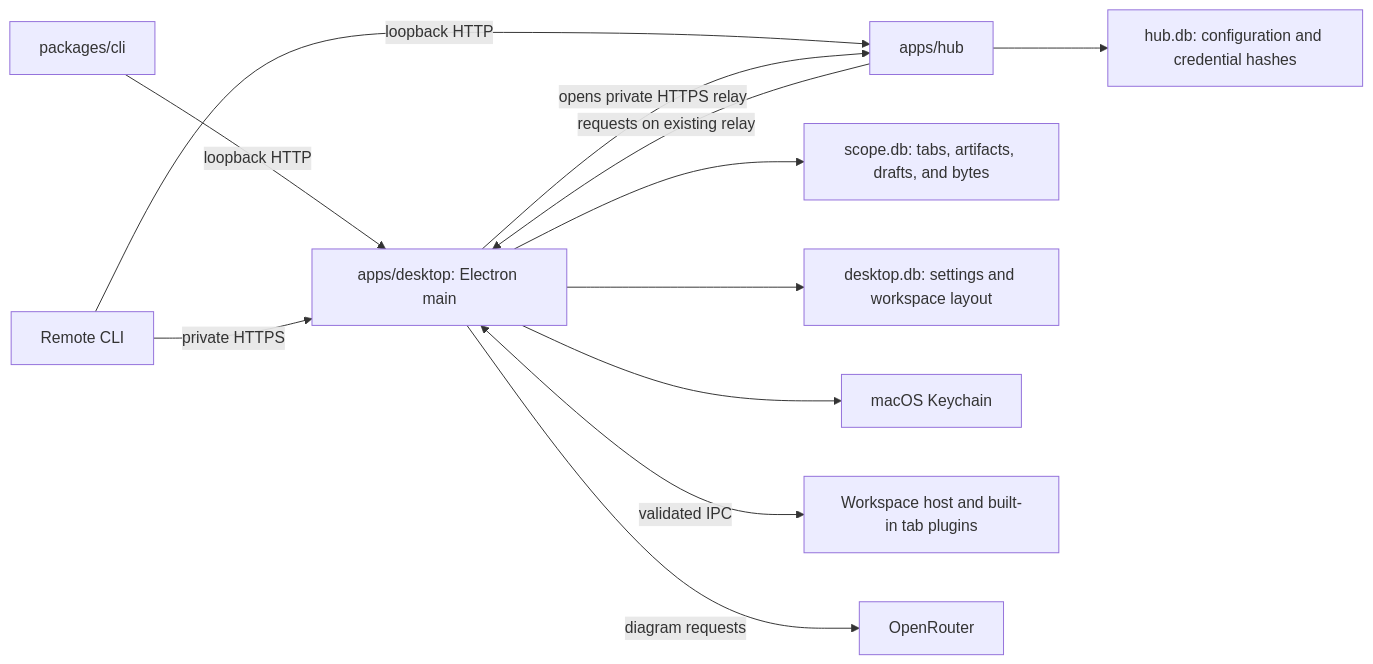
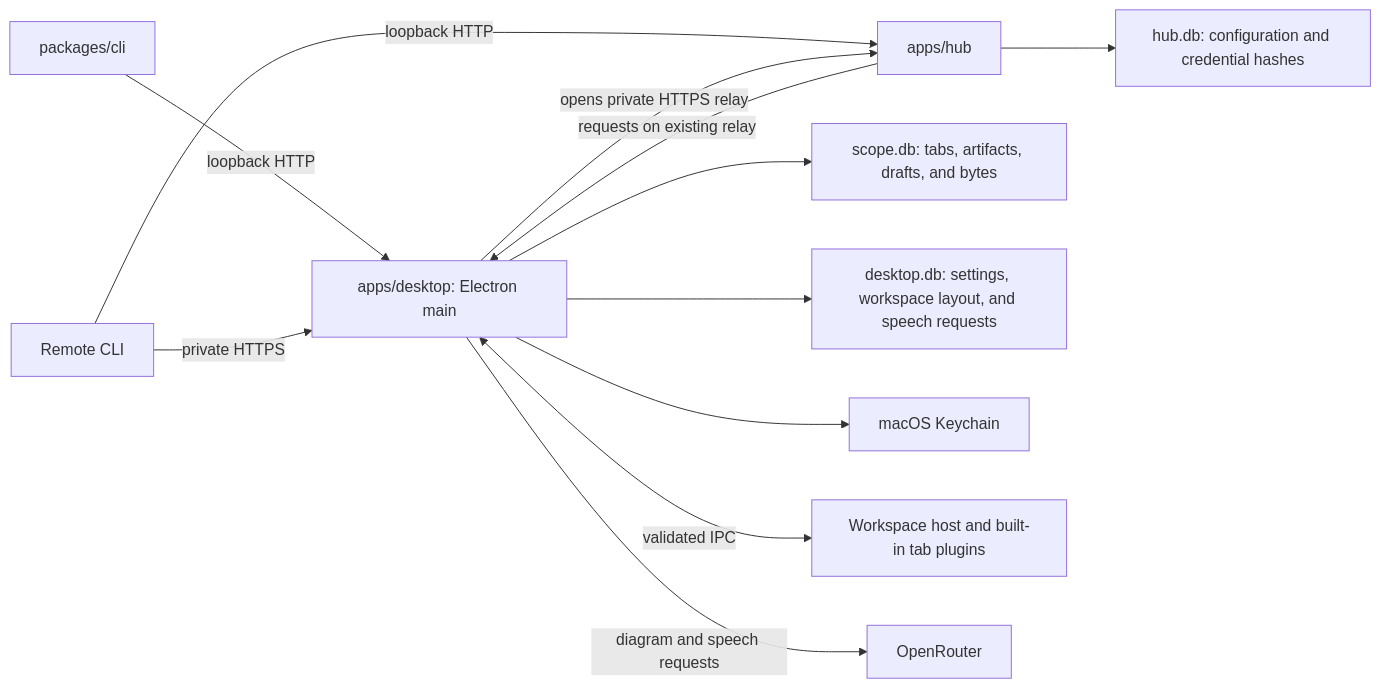
The diagram in docs/architecture.md (alundgren/irudd-scope), drawn with Mermaid before and after one commit. The commit also changed other lines of this file and 37 other files, not shown here.

Commit message:
feat: add agent speech generation with shared OpenRouter credentials

````diff
--- a/docs/architecture.md
+++ b/docs/architecture.md
@@ -7,14 +7,14 @@
 ```mermaid
 flowchart LR
     CLI[packages/cli] -->|loopback HTTP| Desktop[apps/desktop: Electron main]
     Remote[Remote CLI] -->|private HTTPS| Desktop
     Remote -->|loopback HTTP| Hub[apps/hub]
     Desktop -->|opens private HTTPS relay| Hub
     Hub -->|requests on existing relay| Desktop
     Hub --> HubSettings[hub.db: configuration and credential hashes]
     Desktop --> Artifacts[scope.db: tabs, artifacts, drafts, and bytes]
-    Desktop --> Preferences[desktop.db: settings and workspace layout]
+    Desktop --> Preferences[desktop.db: settings, workspace layout, and speech requests]
     Desktop --> Keychain[macOS Keychain]
     Desktop <-->|validated IPC| UI[Workspace host and built-in tab plugins]
-    Desktop -->|diagram requests| Provider[OpenRouter]
+    Desktop -->|diagram and speech requests| Provider[OpenRouter]
 ```
````
